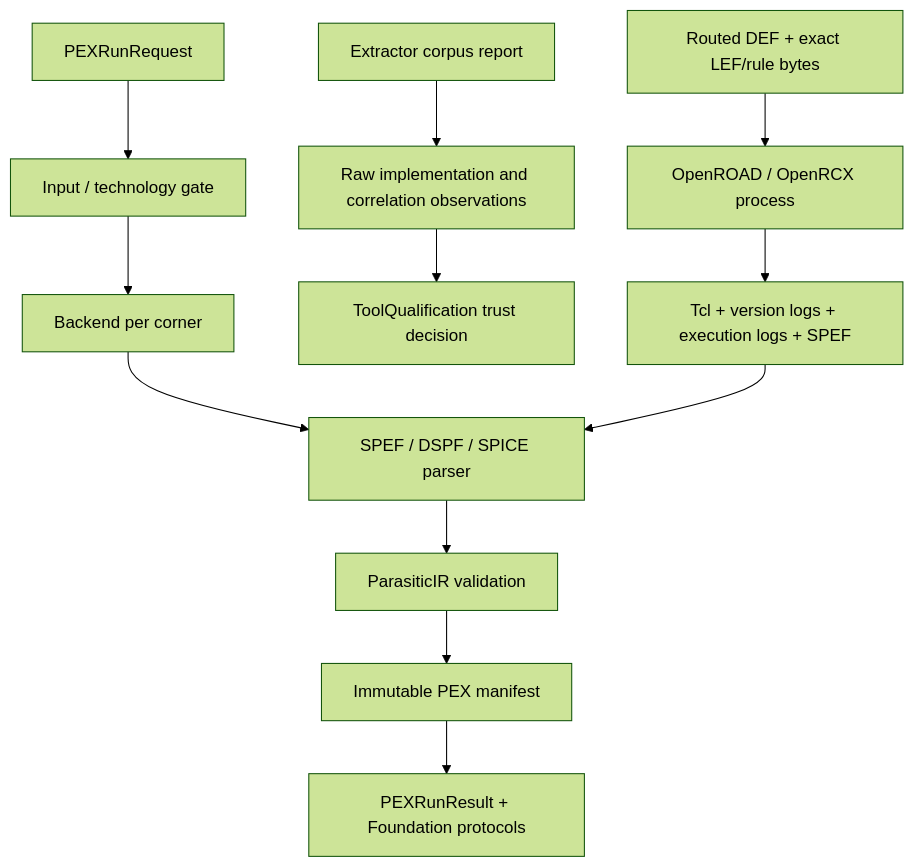
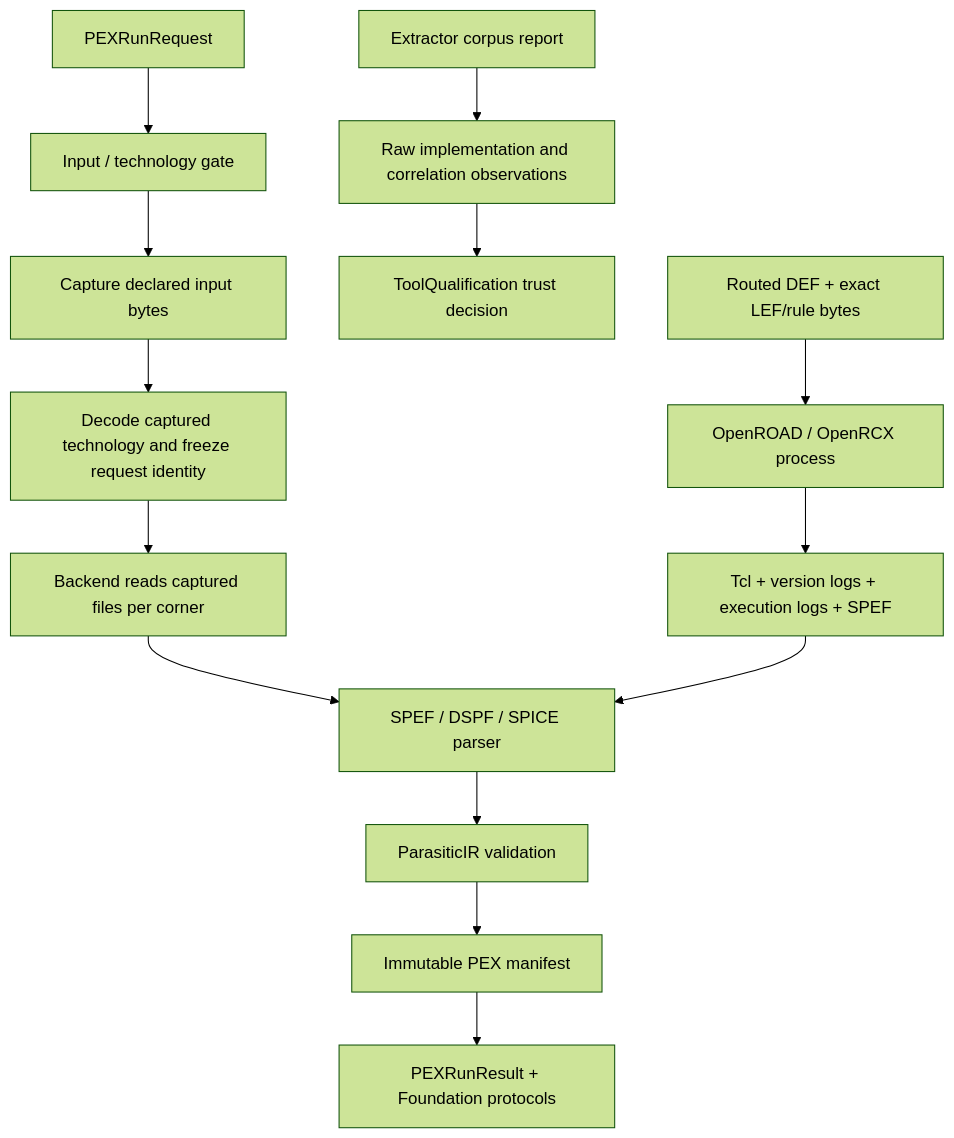
One commit to 1amageek/PEXEngine changed the diagram in DESIGN.md. Above: the diagram before and after it, drawn with Mermaid (forest theme). The commit also changed other lines of this file and 10 other files, not shown here.

Commit message:
Bind PEX execution and identity to captured inputs

````diff
--- a/DESIGN.md
+++ b/DESIGN.md
@@ -10,16 +10,18 @@
 ```mermaid
 flowchart TD
     Input["PEXRunRequest"] --> Validate["Input / technology gate"]
-    Validate --> Execute["Backend per corner"]
+    Validate --> Capture["Capture declared input bytes"]
+    Capture --> Resolve["Decode captured technology and freeze request identity"]
+    Resolve --> Execute["Backend reads captured files per corner"]
     Execute --> Parse["SPEF / DSPF / SPICE parser"]
     Parse --> IR["ParasiticIR validation"]
     IR --> Persist["Immutable PEX manifest"]
     Persist --> Result["PEXRunResult + Foundation protocols"]
 
     Report["Extractor corpus report"] --> Observations["Raw implementation and correlation observations"]
     Observations --> ToolQualification["ToolQualification trust decision"]
 
     DEF["Routed DEF + exact LEF/rule bytes"] --> OpenRCX["OpenROAD / OpenRCX process"]
     OpenRCX --> RawEvidence["Tcl + version logs + execution logs + SPEF"]
     RawEvidence --> Parse
 ```
````
